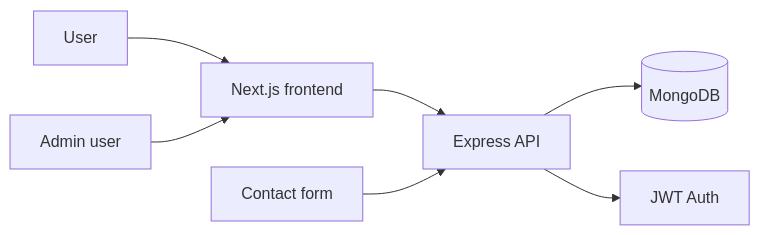
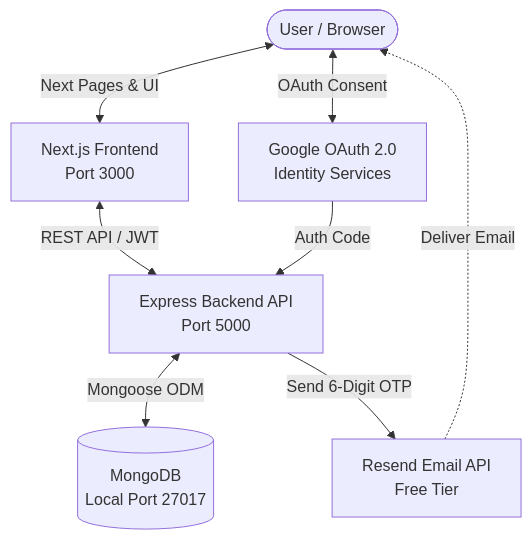
One commit to anjalijha1718/project-assigned changed the diagram in README.md. Above: the diagram before and after it, drawn with Mermaid. The commit also changed other lines of this file and 78 other files, not shown here.

Commit message:
Added Management for Admin and OTP Authentication for emails

````diff
--- a/README.md
+++ b/README.md
@@ -52,9 +85,17 @@
 ```mermaid
-flowchart LR
-    User --> NextApp[Next.js frontend]
-    NextApp --> API[Express API]
-    API --> Mongo[(MongoDB)]
-    API --> Auth[JWT Auth]
-    Admin[Admin user] --> NextApp
-    Inquiry[Contact form] --> API
+flowchart TD
+    User([User / Browser])
+    NextApp[Next.js Frontend\nPort 3000]
+    API[Express Backend API\nPort 5000]
+    Mongo[(MongoDB\nLocal Port 27017)]
+    Resend[Resend Email API\nFree Tier]
+    Google[Google OAuth 2.0\nIdentity Services]
+
+    User <-->|Next Pages & UI| NextApp
+    NextApp <-->|REST API / JWT| API
+    API <-->|Mongoose ODM| Mongo
+    API -->|Send 6-Digit OTP| Resend
+    Resend -.->|Deliver Email| User
+    User <-->|OAuth Consent| Google
+    Google -->|Auth Code| API
 ```
````
